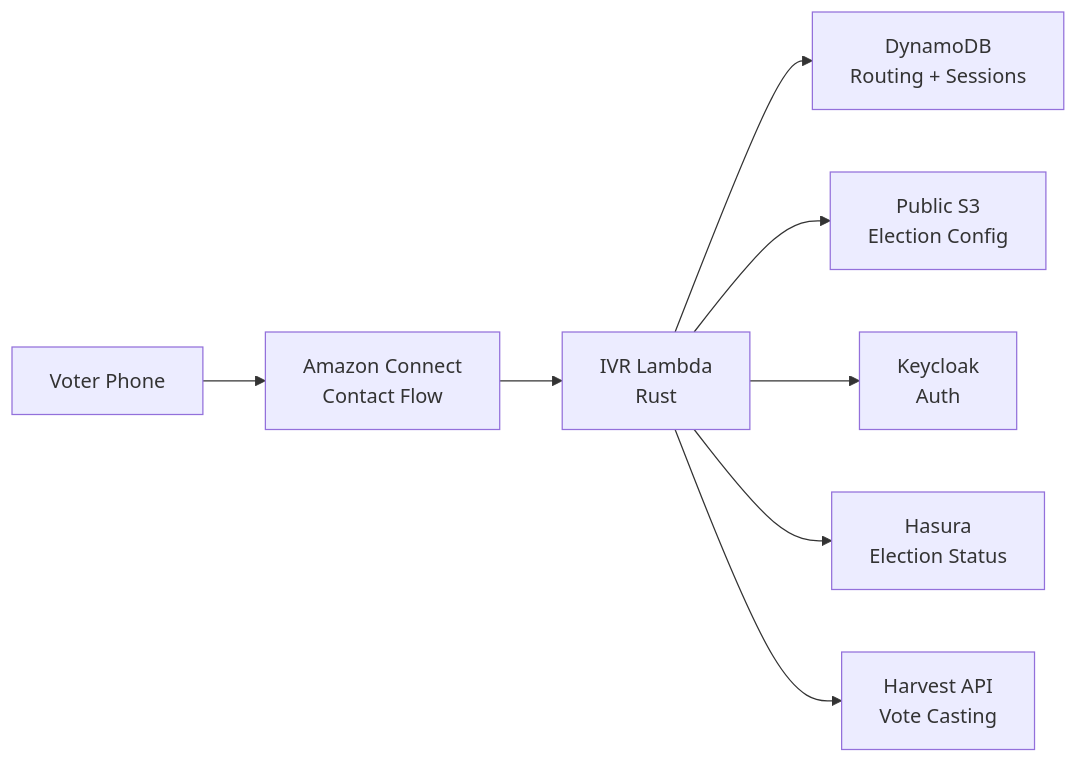
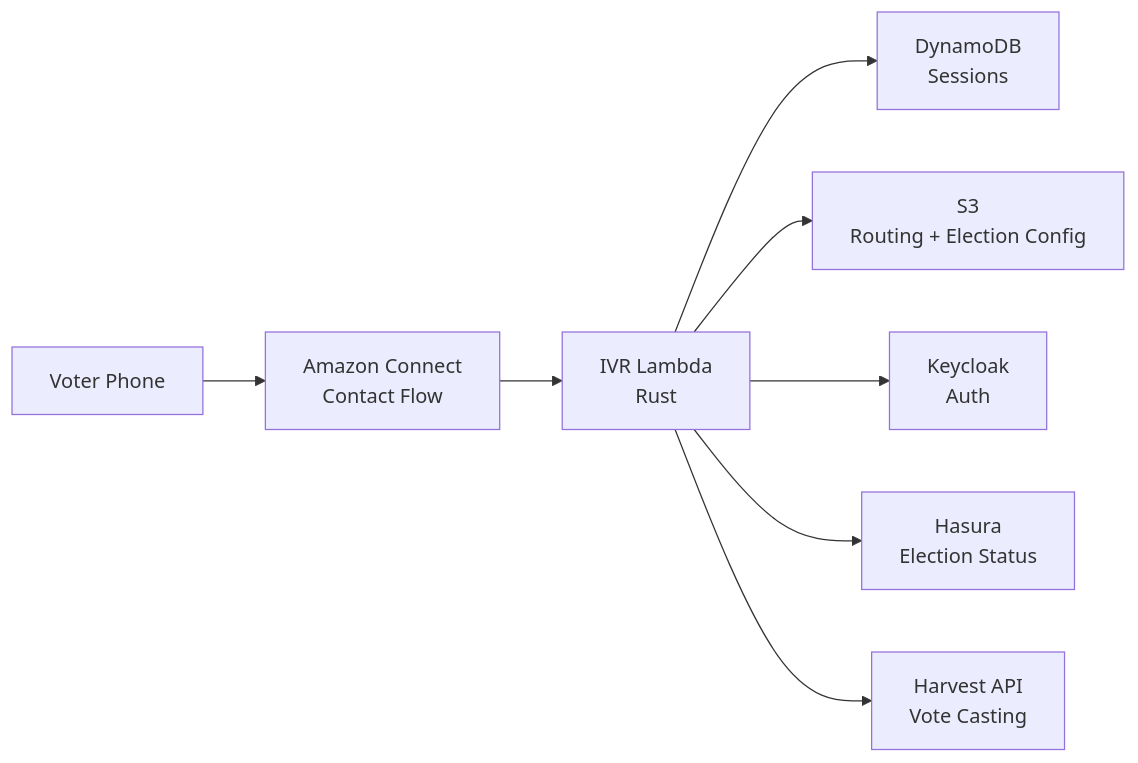
One commit to sequentech/step changed the first of 13 diagrams in docs/docusaurus/docs/07-developers/12-ivr/ivr-system-design.md. Above: the diagram before and after it, drawn with Mermaid. The commit also changed other lines of this file, not shown here.

````diff
--- a/docs/docusaurus/docs/07-developers/12-ivr/ivr-system-design.md
+++ b/docs/docusaurus/docs/07-developers/12-ivr/ivr-system-design.md
@@ -31,10 +31,10 @@
 ```mermaid
 flowchart LR
     A[Voter Phone] --> B[Amazon Connect<br/>Contact Flow]
     B --> C[IVR Lambda<br/>Rust]
-    C --> D[DynamoDB<br/>Routing + Sessions]
-    C --> E[Public S3<br/>Election Config]
+    C --> D[DynamoDB<br/>Sessions]
+    C --> E[S3<br/>Routing + Election Config]
     C --> F[Keycloak<br/>Auth]
     C --> G[Hasura<br/>Election Status]
     C --> H[Harvest API<br/>Vote Casting]
 ```
````
